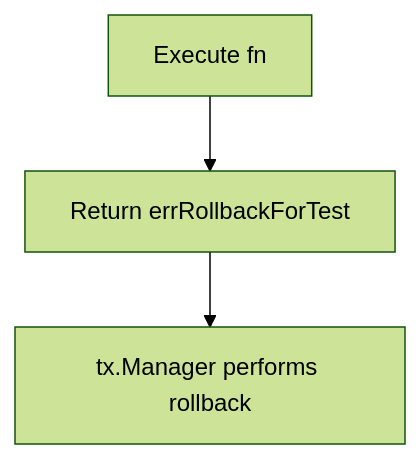
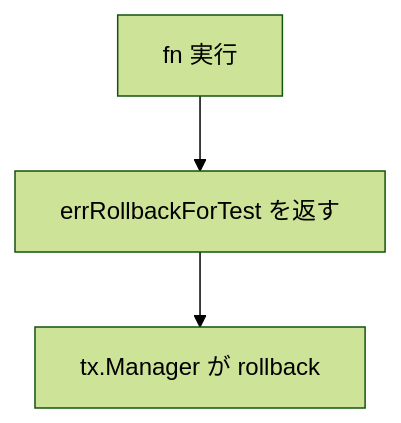
One commit to Tomy-ch/go-boilerplate changed the fifth of 8 diagrams in internal/infrastructure/rdb/testkit/README.md. Above: the diagram before and after it, drawn with Mermaid (forest theme). The commit also changed other lines of this file and 970 other files, not shown here.

````diff
--- a/internal/infrastructure/rdb/testkit/README.md
+++ b/internal/infrastructure/rdb/testkit/README.md
@@ -169,8 +168,8 @@
 ```mermaid
 flowchart TD
-    A[Execute fn]
-    B[Return errRollbackForTest]
-    C[tx.Manager performs rollback]
+    A[fn 実行]
+    B[errRollbackForTest を返す]
+    C[tx.Manager が rollback]
 
     A --> B --> C
 ```
````
